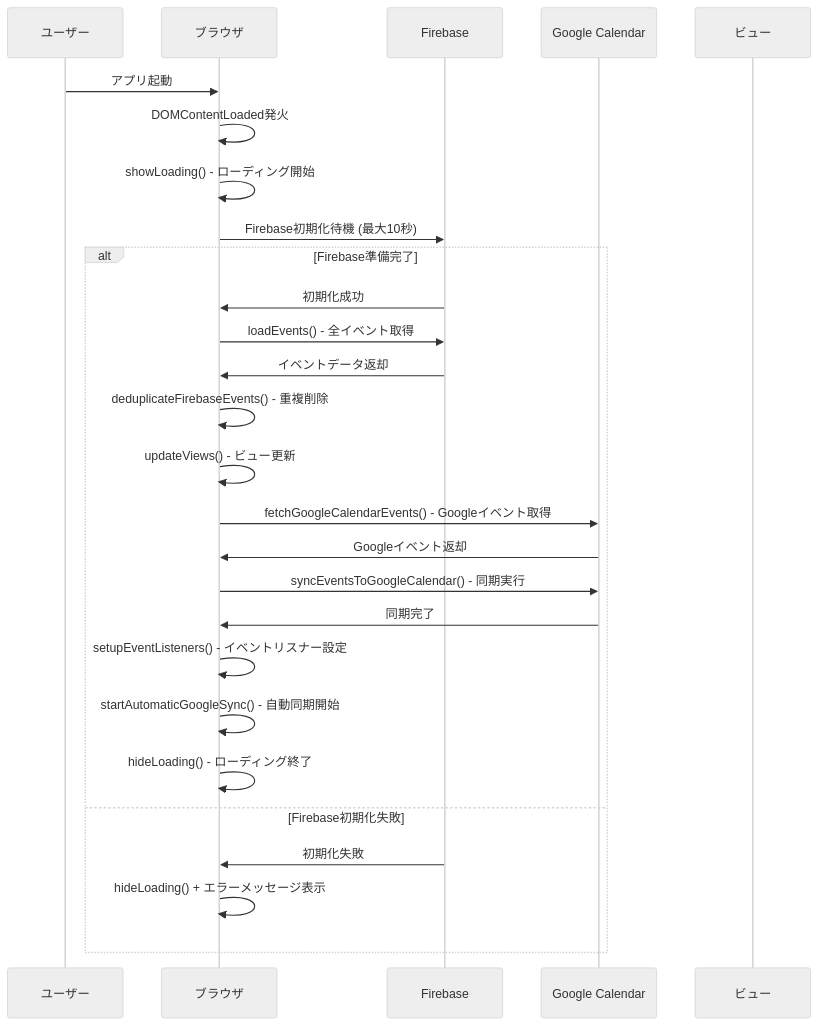
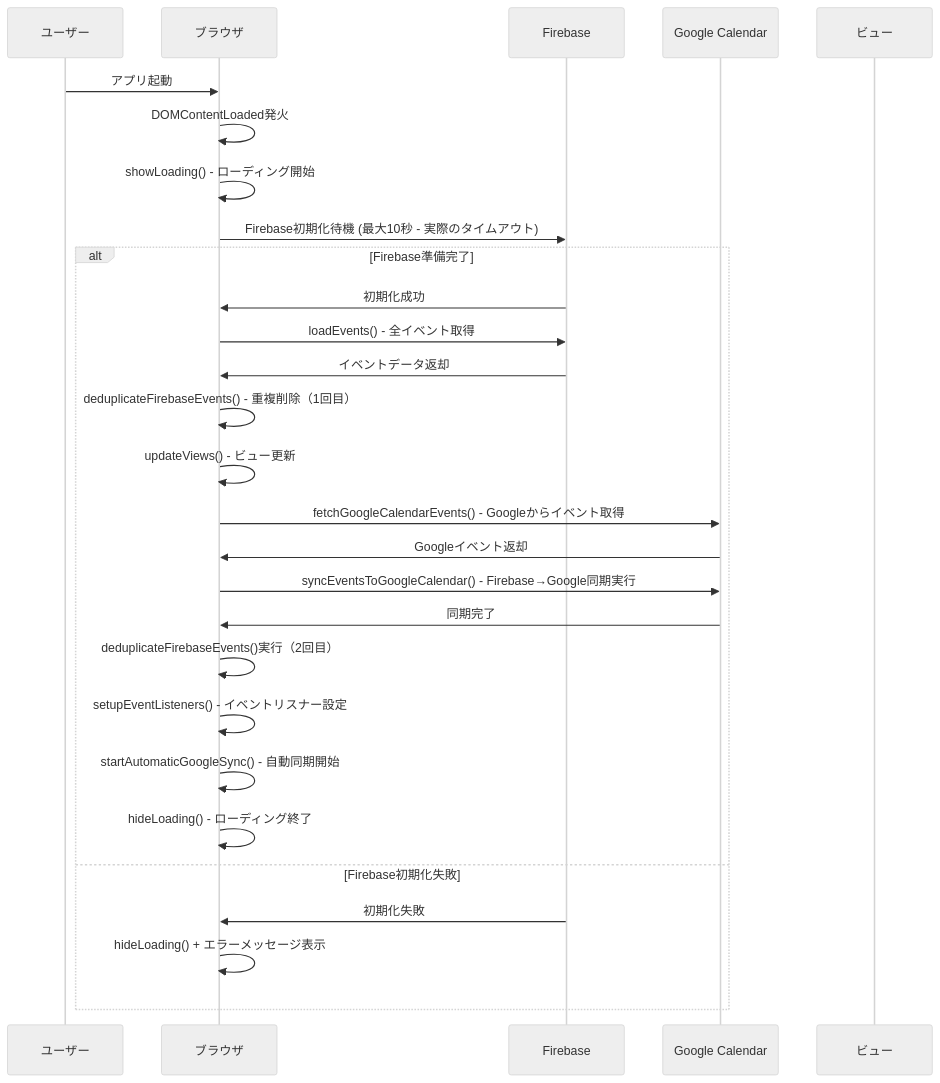
One commit to kosei-doi/schedule_mgr changed the second of 8 diagrams in app_logic.md. Above: the diagram before and after it, drawn with Mermaid (neutral theme). The commit also changed other lines of this file, not shown here.

Commit message:
📚 Refine app logic documentation with accurate details
- Clarify deduplication process execution timing (runs 2 times)
- Add missing UI functions to documentation
- Correct Google sync flow description
- Improve accuracy of initialization sequence
- Add more comprehensive function listings

````diff
--- a/app_logic.md
+++ b/app_logic.md
@@ -34,33 +34,34 @@
 ```mermaid
 sequenceDiagram
     participant U as ユーザー
     participant B as ブラウザ
     participant F as Firebase
     participant G as Google Calendar
     participant V as ビュー
 
     U->>B: アプリ起動
     B->>B: DOMContentLoaded発火
     B->>B: showLoading() - ローディング開始
 
-    B->>F: Firebase初期化待機 (最大10秒)
+    B->>F: Firebase初期化待機 (最大10秒 - 実際のタイムアウト)
     alt Firebase準備完了
         F->>B: 初期化成功
         B->>F: loadEvents() - 全イベント取得
         F->>B: イベントデータ返却
-        B->>B: deduplicateFirebaseEvents() - 重複削除
+        B->>B: deduplicateFirebaseEvents() - 重複削除（1回目）
         B->>B: updateViews() - ビュー更新
 
-        B->>G: fetchGoogleCalendarEvents() - Googleイベント取得
+        B->>G: fetchGoogleCalendarEvents() - Googleからイベント取得
         G->>B: Googleイベント返却
-        B->>G: syncEventsToGoogleCalendar() - 同期実行
+        B->>G: syncEventsToGoogleCalendar() - Firebase→Google同期実行
         G->>B: 同期完了
+        B->>B: deduplicateFirebaseEvents()実行（2回目）
 
         B->>B: setupEventListeners() - イベントリスナー設定
         B->>B: startAutomaticGoogleSync() - 自動同期開始
         B->>B: hideLoading() - ローディング終了
     else Firebase初期化失敗
         F->>B: 初期化失敗
         B->>B: hideLoading() + エラーメッセージ表示
     end
 ```
````
